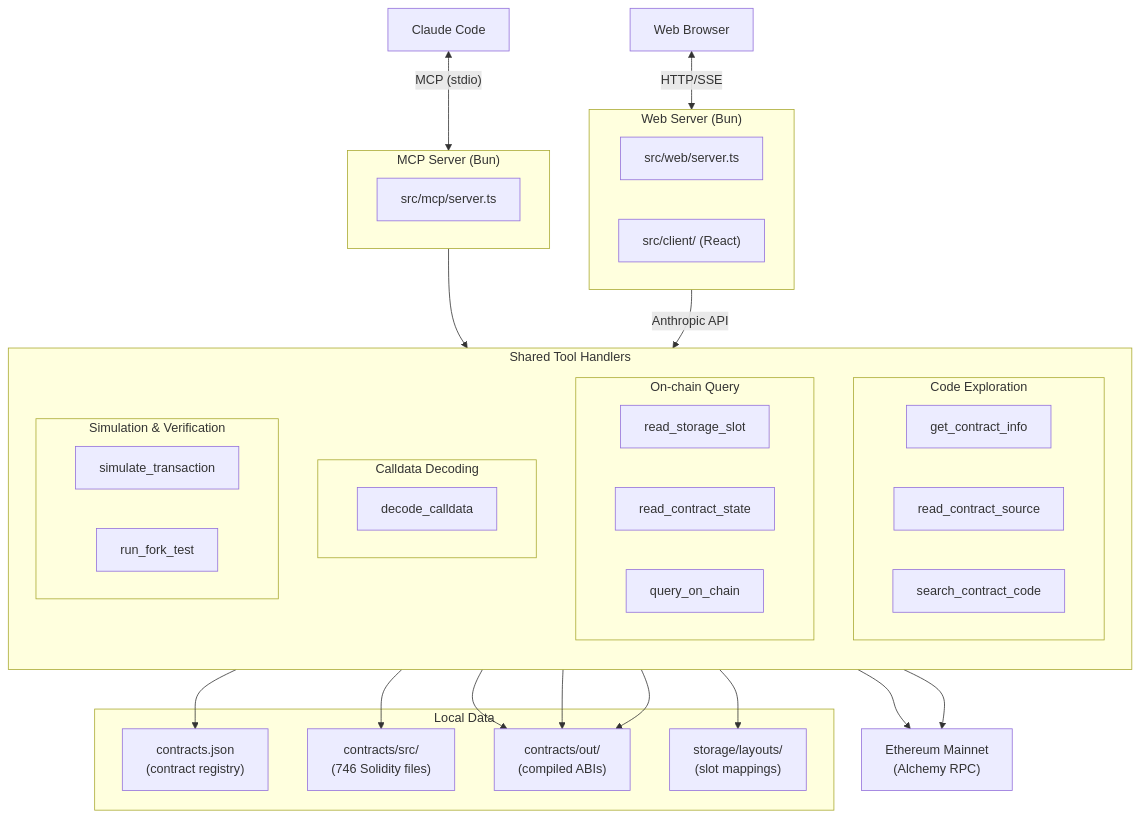
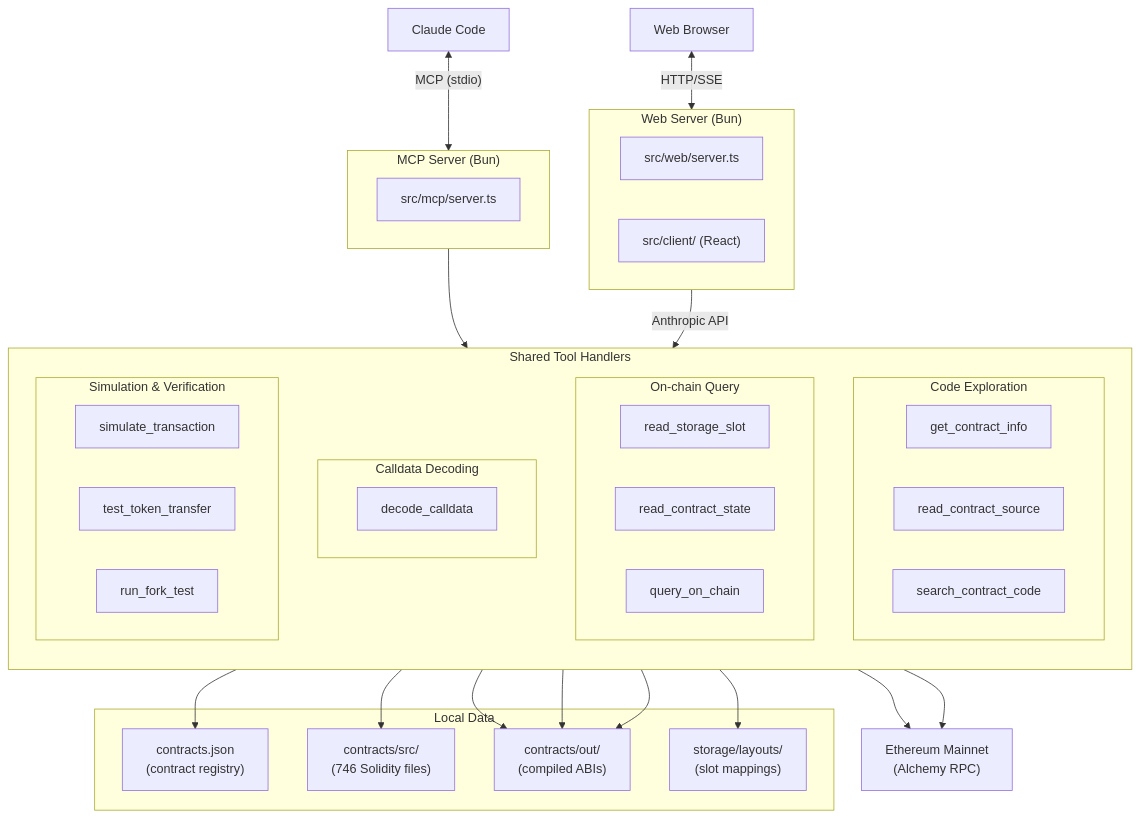
One commit to tokamak-network/tokamak-dao-agent changed the diagram in README.md. Above: the diagram before and after it, drawn with Mermaid. The commit also changed other lines of this file and 12 other files, not shown here.

````diff
--- a/README.md
+++ b/README.md
@@ -9,61 +9,62 @@
 ```mermaid
 flowchart TB
     Claude["Claude Code"]
     Browser["Web Browser"]
 
     Claude <-->|"MCP (stdio)"| MCP
     Browser <-->|"HTTP/SSE"| Web
 
     subgraph MCP["MCP Server (Bun)"]
         direction LR
         mcp_entry["src/mcp/server.ts"]
     end
 
     subgraph Web["Web Server (Bun)"]
         direction LR
         web_entry["src/web/server.ts"]
         web_client["src/client/ (React)"]
     end
 
     MCP --> Handlers
     Web -->|"Anthropic API"| Handlers
 
     subgraph Handlers["Shared Tool Handlers"]
         direction TB
 
         subgraph tools1["Code Exploration"]
             get_contract_info
             read_contract_source
             search_contract_code
         end
 
         subgraph tools2["On-chain Query"]
             read_storage_slot
             read_contract_state
             query_on_chain
         end
 
         subgraph tools3["Calldata Decoding"]
             decode_calldata
         end
 
         subgraph tools4["Simulation & Verification"]
             simulate_transaction
+            test_token_transfer
             run_fork_test
         end
     end
 
     subgraph Data["Local Data"]
         contracts_json["contracts.json\n(contract registry)"]
         sources["contracts/src/\n(746 Solidity files)"]
         abis["contracts/out/\n(compiled ABIs)"]
         layouts["storage/layouts/\n(slot mappings)"]
     end
 
     RPC["Ethereum Mainnet\n(Alchemy RPC)"]
 
     tools1 --> contracts_json & sources & abis
     tools2 --> layouts & abis & RPC
     tools3 --> abis
     tools4 --> RPC
 ```
````
